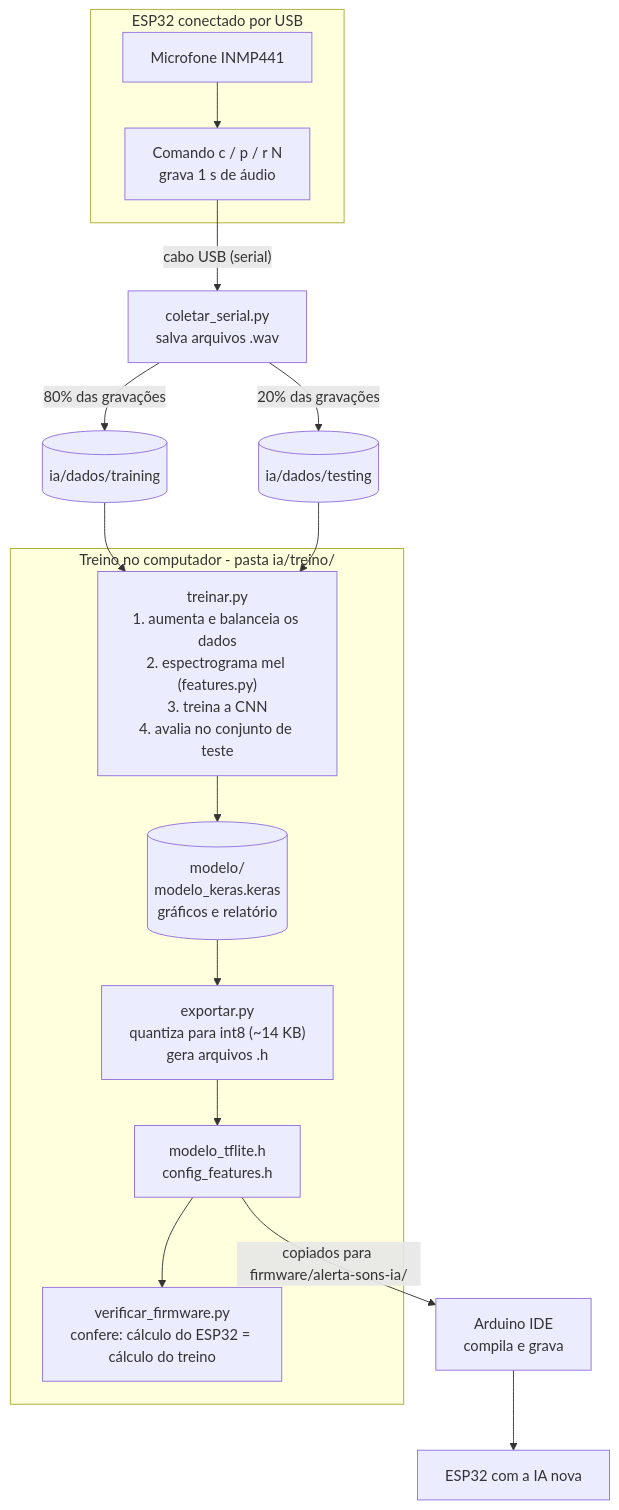
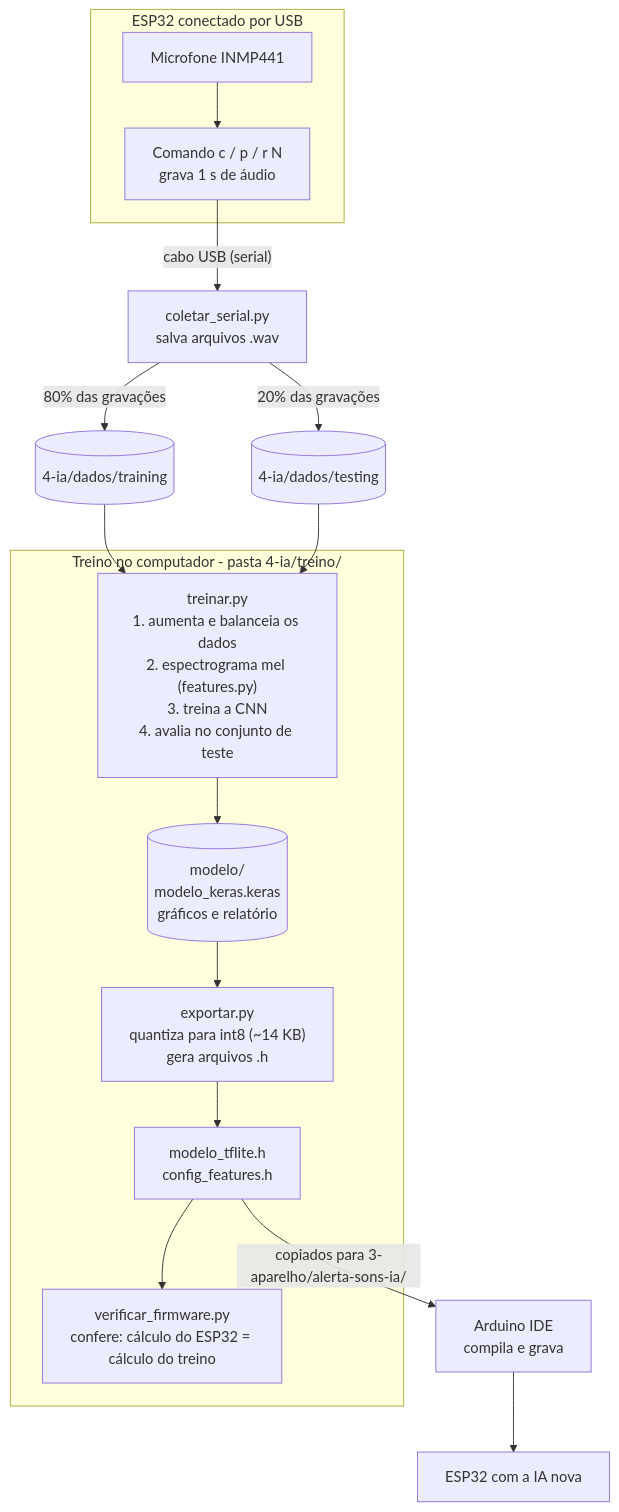
Before and after one commit to Joao-Strelow/alerta-sons-esp32: the first of 4 diagrams in docs/DIAGRAMAS.md, drawn with Mermaid. The commit also changed 431 other files, not shown here.

````diff
--- a/docs/DIAGRAMAS.md
+++ b/docs/DIAGRAMAS.md
@@ -8,20 +8,20 @@
 ```mermaid
 flowchart TD
     subgraph ESP[ESP32 conectado por USB]
         MIC1[Microfone INMP441] --> GRAV["Comando c / p / r N<br/>grava 1 s de áudio"]
     end
     GRAV -- "cabo USB (serial)" --> COL[coletar_serial.py<br/>salva arquivos .wav]
-    COL -- "80% das gravações" --> TR[(ia/dados/training)]
-    COL -- "20% das gravações" --> TE[(ia/dados/testing)]
+    COL -- "80% das gravações" --> TR[(4-ia/dados/training)]
+    COL -- "20% das gravações" --> TE[(4-ia/dados/testing)]
     TR --> TREINAR
     TE --> TREINAR
-    subgraph PC[Treino no computador - pasta ia/treino/]
+    subgraph PC[Treino no computador - pasta 4-ia/treino/]
         TREINAR["treinar.py<br/>1. aumenta e balanceia os dados<br/>2. espectrograma mel (features.py)<br/>3. treina a CNN<br/>4. avalia no conjunto de teste"]
         TREINAR --> MOD[(modelo/<br/>modelo_keras.keras<br/>gráficos e relatório)]
         MOD --> EXP["exportar.py<br/>quantiza para int8 (~14 KB)<br/>gera arquivos .h"]
         EXP --> H["modelo_tflite.h<br/>config_features.h"]
         H --> VER["verificar_firmware.py<br/>confere: cálculo do ESP32 = cálculo do treino"]
     end
-    H -- "copiados para firmware/alerta-sons-ia/" --> IDE[Arduino IDE<br/>compila e grava]
+    H -- "copiados para 3-aparelho/alerta-sons-ia/" --> IDE[Arduino IDE<br/>compila e grava]
     IDE --> ESP2[ESP32 com a IA nova]
 ```
````
